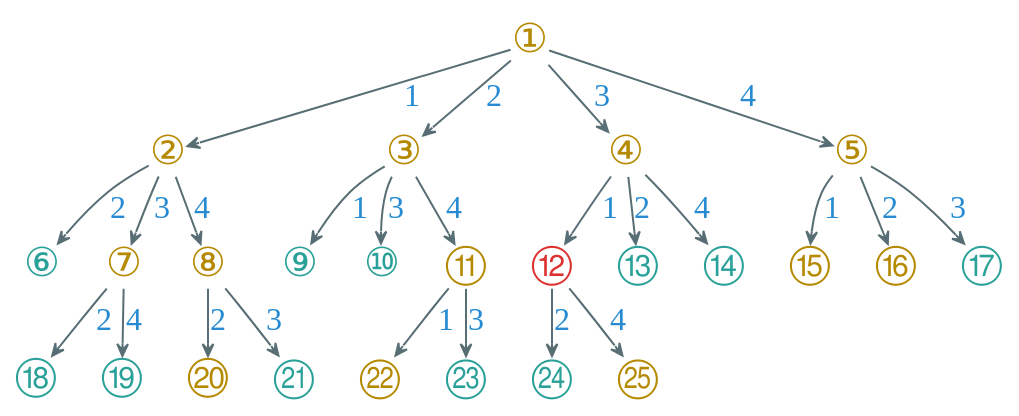
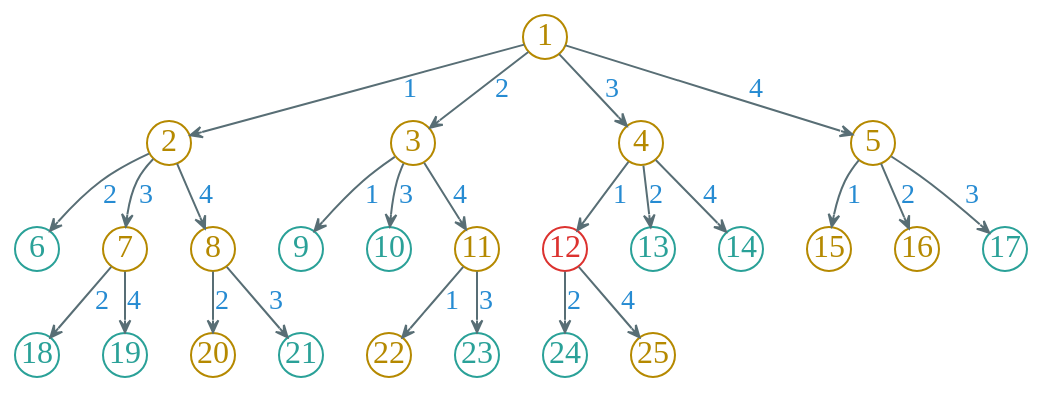
Before and after one commit to Avanti1980/course-alg: the diagram in dot/four-queen-bb-solve8.dot, drawn with Graphviz. The commit also changed 20 other files, not shown here.

```diff
--- a/dot/four-queen-bb-solve8.dot
+++ b/dot/four-queen-bb-solve8.dot
@@ -1,72 +1,72 @@
 digraph g {
     bgcolor=transparent
     rankdir=TB
     graph [nodesep=0.3, ranksep=0.2]
-    node [shape=plain, color="#586e75", fontcolor="#b58900", fontsize=20, fontname="LXGWWenKai"]
-    edge [arrowhead=vee, color="#586e75", fontcolor="#268bd2", fontsize=16, fontname="LXGWWenKai" arrowsize=0.6]
+    node [shape=circle, fixedsize=true, width=0.3, color="#b58900", fontcolor="#b58900", fontsize=16, fontname="LXGWWenKai"]
+    edge [arrowhead=vee, color="#586e75", fontcolor="#268bd2", fontsize=14, fontname="LXGWWenKai", arrowsize=0.6]
 
-    ① -> ② [label="1"]
-    ① -> ③ [label="2"]
-    ① -> ④ [label="3"]
-    ① -> ⑤ [label="4"]
+    1 -> 2 [label="1"]
+    1 -> 3 [label="2"]
+    1 -> 4 [label="3"]
+    1 -> 5 [label="4"]
 
-    node [fontcolor="#2aa198"]
+    node [color="#2aa198", fontcolor="#2aa198"]
 
-    ② -> ⑥ [label="2"]
+    2 -> 6 [label="2"]
 
-    node [fontcolor="#b58900"]
+    node [color="#b58900", fontcolor="#b58900"]
 
-    ② -> ⑦ [label="3"]
+    2 -> 7 [label="3"]
 
-    ② -> ⑧ [label="4"]
+    2 -> 8 [label="4"]
 
-    node [fontcolor="#2aa198"]
+    node [color="#2aa198", fontcolor="#2aa198"]
 
-    ③ -> ⑨ [label="1"]
-    ③ -> ⑩ [label="3"]
+    3 -> 9 [label="1"]
+    3 -> 10 [label="3"]
 
-    node [fontcolor="#b58900"]
+    node [color="#b58900", fontcolor="#b58900"]
     
-    ③ -> ⑪ [label="4"]
+    3 -> 11 [label="4"]
 
-    node [fontcolor="#dc322f"]
+    node [color="#dc322f", fontcolor="#dc322f"]
 
-    ④ -> ⑫ [label="1"]
+    4 -> 12 [label="1"]
 
-    node [fontcolor="#2aa198"]
+    node [color="#2aa198", fontcolor="#2aa198"]
 
-    ④ -> ⑬ [label="2"]
-    ④ -> ⑭ [label="4"]
+    4 -> 13 [label="2"]
+    4 -> 14 [label="4"]
 
-    node [fontcolor="#b58900"]
+    node [color="#b58900", fontcolor="#b58900"]
 
-    ⑤ -> ⑮ [label="1"]
-    ⑤ -> ⑯ [label="2"]
+    5 -> 15 [label="1"]
+    5 -> 16 [label="2"]
 
-    node [fontcolor="#2aa198"]
+    node [color="#2aa198", fontcolor="#2aa198"]
 
-    ⑤ -> ⑰ [label="3"]
-    ⑦ -> ⑱ [label="2"]
-    ⑦ -> ⑲ [label="4"]
+    5 -> 17 [label="3"]
+    7 -> 18 [label="2"]
+    7 -> 19 [label="4"]
 
-    node [fontcolor="#b58900"]
+    node [color="#b58900", fontcolor="#b58900"]
 
-    ⑧ -> ⑳ [label="2"]
+    8 -> 20 [label="2"]
 
-    node [fontcolor="#2aa198"]
+    node [color="#2aa198", fontcolor="#2aa198"]
 
-    ⑧ -> ㉑ [label="3"]
+    8 -> 21 [label="3"]
 
-    node [fontcolor="#b58900"]
+    node [color="#b58900", fontcolor="#b58900"]
 
-    ⑪ -> ㉒ [label="1"]
+    11 -> 22 [label="1"]
 
-    node [fontcolor="#2aa198"]
+    node [color="#2aa198", fontcolor="#2aa198"]
 
-    ⑪ -> ㉓ [label="3"]
-    ⑫ -> ㉔ [label="2"]
+    11 -> 23 [label="3"]
+    12 -> 24 [label="2"]
 
-    node [fontcolor="#b58900"]
+    node [color="#b58900", fontcolor="#b58900"]
 
-    ⑫ -> ㉕ [label="4"]
+    12 -> 25 [label="4"]
 }
```
